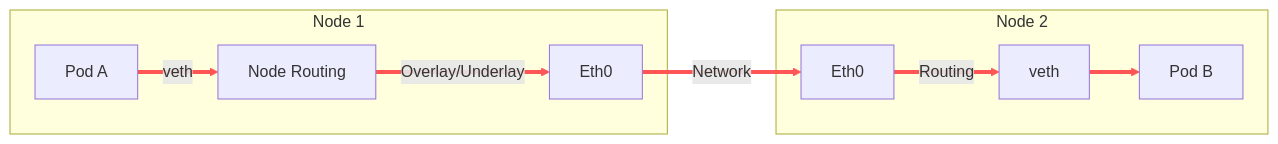
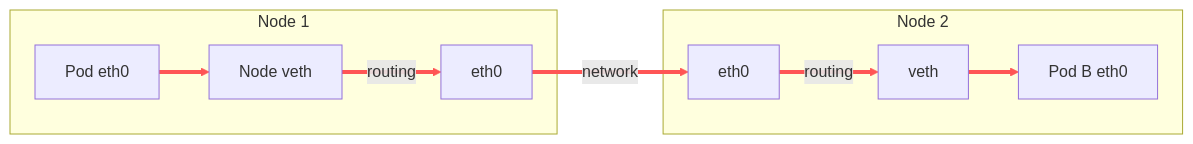
Diagram 11 of 12 in _posts/2025-03-17-kubecon.md (SRodi/srodi.github.io), drawn with Mermaid before and after one commit. The commit also changed other lines of this file, not shown here.

Commit message:
kubecon diagrams

````diff
--- a/_posts/2025-03-17-kubecon.md
+++ b/_posts/2025-03-17-kubecon.md
@@ -225,17 +220,17 @@
 ```mermaid
 graph LR
     subgraph Node1 ["Node 1"]
-        PodA[Pod A] -->|veth| Root1[Node Routing]
-        Root1 -->|Overlay/Underlay| Phys1[Eth0]
+        PodA[Pod eth0] --> Root1[Node veth]
+        Root1 -->|routing| Phys1[eth0]
     end
 
-    Phys1 -->|Network| Phys2[Eth0]
+    Phys1 -->|network| Phys2[eth0]
 
     subgraph Node2 ["Node 2"]
-        Phys2 -->|Routing| Root2[veth]
-        Root2 --> PodB[Pod B]
+        Phys2 -->|routing| Root2[veth]
+        Root2 --> PodB[Pod B eth0]
     end
 
     %% Highlight the packet flow
     linkStyle 0,1,2,3,4 stroke:#ff5555,stroke-width:4px;
 ```
````
